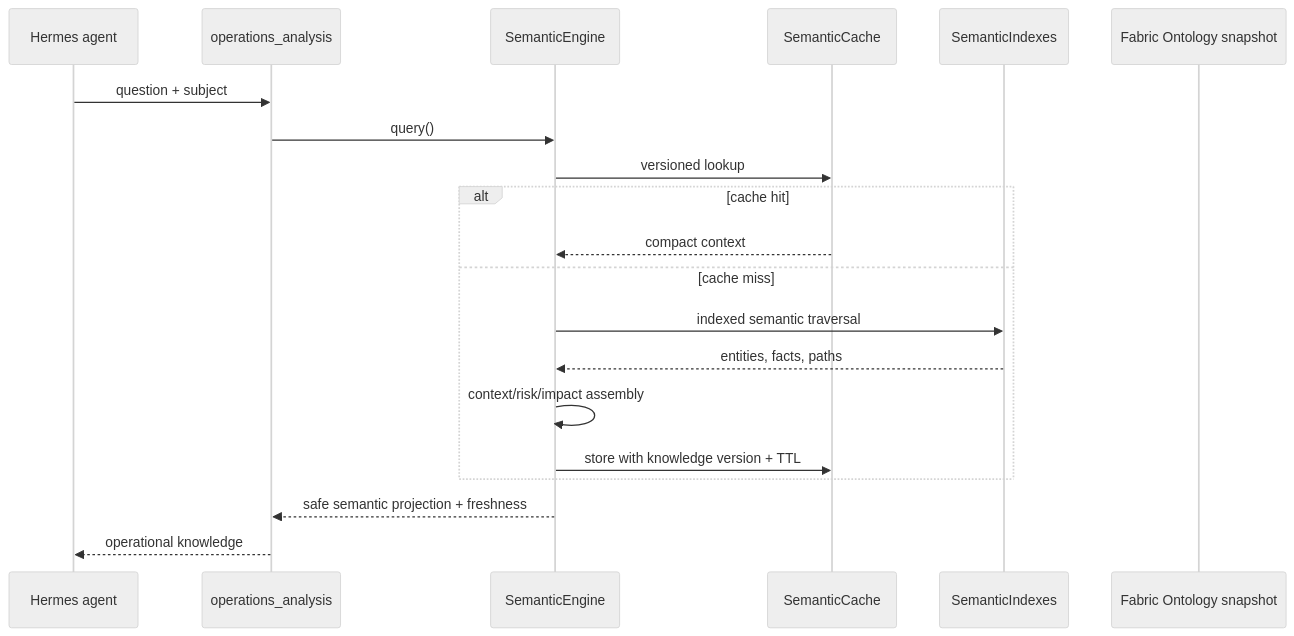
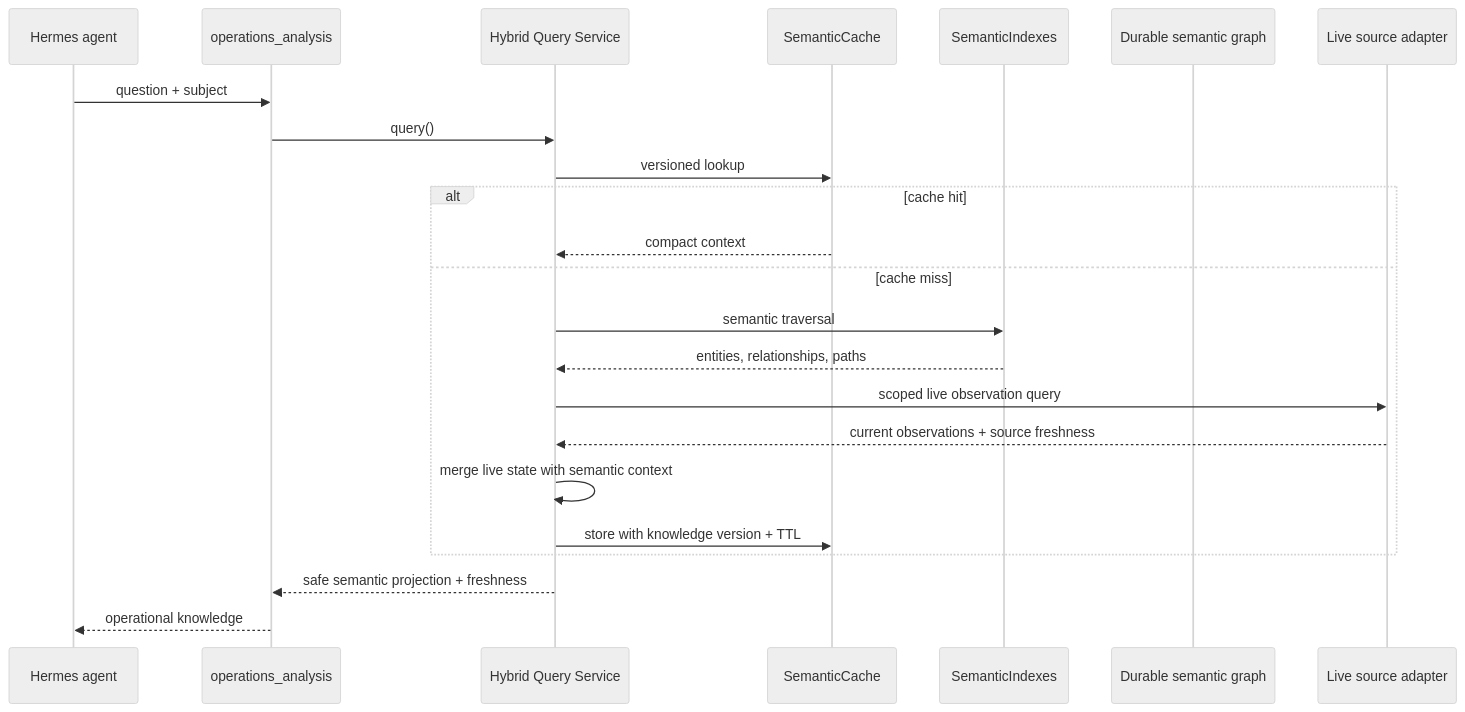
One commit to jasonpanggit/azure-aiops changed the third of 3 diagrams in docs/semantic-architecture.md. Above: the diagram before and after it, drawn with Mermaid (neutral theme). The commit also changed other lines of this file and 1836 other files, not shown here.

````diff
--- a/docs/semantic-architecture.md
+++ b/docs/semantic-architecture.md
@@ -75,23 +84,26 @@
 ```mermaid
 sequenceDiagram
   participant A as Hermes agent
   participant T as operations_analysis
-  participant E as SemanticEngine
+  participant E as Hybrid Query Service
   participant C as SemanticCache
   participant I as SemanticIndexes
-  participant O as Fabric Ontology snapshot
+  participant O as Durable semantic graph
+  participant L as Live source adapter
 
   A->>T: question + subject
   T->>E: query()
   E->>C: versioned lookup
   alt cache hit
     C-->>E: compact context
   else cache miss
-    E->>I: indexed semantic traversal
-    I-->>E: entities, facts, paths
-    E->>E: context/risk/impact assembly
+    E->>I: semantic traversal
+    I-->>E: entities, relationships, paths
+    E->>L: scoped live observation query
+    L-->>E: current observations + source freshness
+    E->>E: merge live state with semantic context
     E->>C: store with knowledge version + TTL
   end
   E-->>T: safe semantic projection + freshness
   T-->>A: operational knowledge
 ```
````
